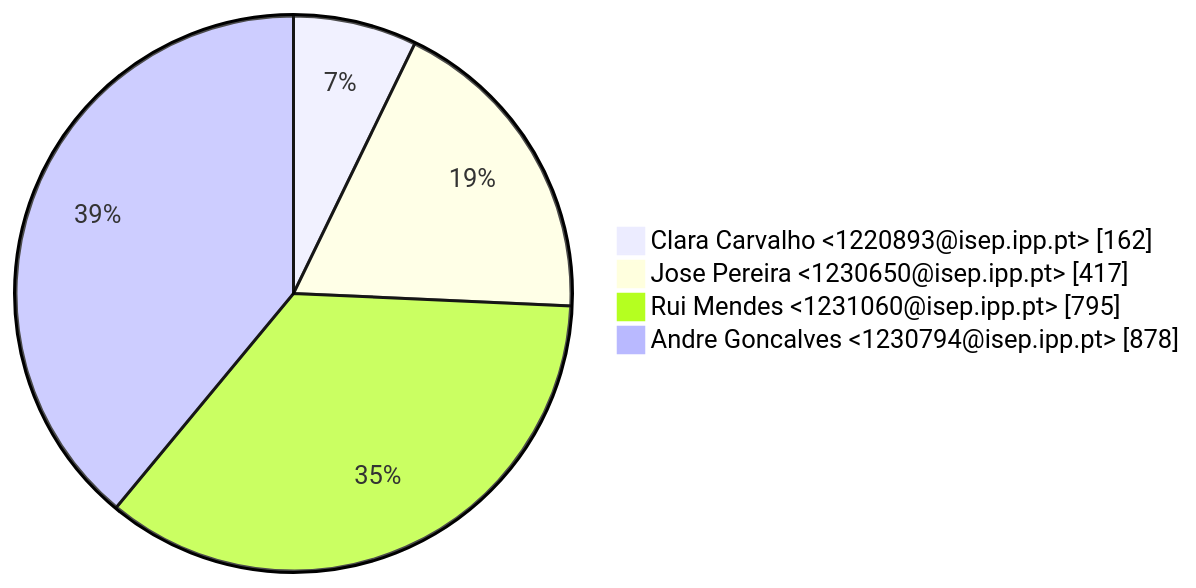
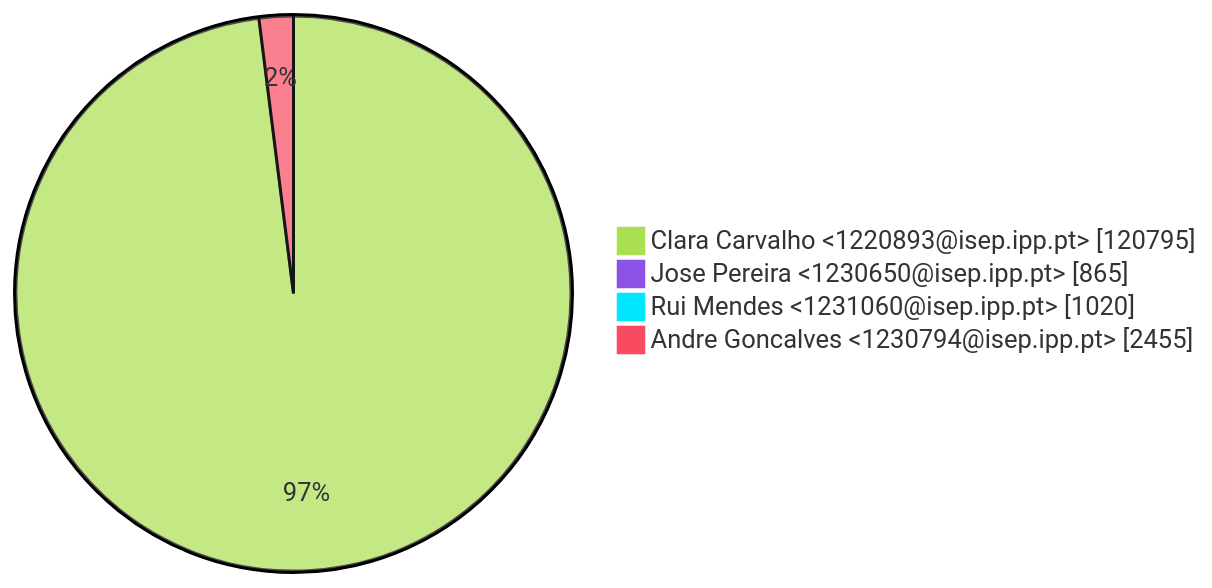
Before and after one commit to RacoonOverFlow/LSIS1_Grupo4: the second of 3 diagrams in GitAnalysis/Sprint_2/Contributions.md, drawn with Mermaid. The commit also changed other lines of this file and 1 other file, not shown here.

````diff
--- a/GitAnalysis/Sprint_2/Contributions.md
+++ b/GitAnalysis/Sprint_2/Contributions.md
@@ -19,7 +20,8 @@
 ```mermaid
+%%{init: {'theme': 'base', 'themeVariables': { 'pie1': '#AADF51', 'pie2': '#8C51E6', 'pie3': '#00E7FE', 'pie4': '#F84B62', 'pie5': '#FFDE72', 'pie6': '#3060CF', 'pie7': '#59C9A5'}}}%%
 pie showData
-    " Clara Carvalho <1220893@isep.ipp.pt>" : 162
-    " Jose Pereira <1230650@isep.ipp.pt>" : 417
-    " Rui Mendes <1231060@isep.ipp.pt>" : 795
-    " Andre Goncalves <1230794@isep.ipp.pt>" : 878
+    " Clara Carvalho <1220893@isep.ipp.pt>" : 120795
+    " Jose Pereira <1230650@isep.ipp.pt>" : 865
+    " Rui Mendes <1231060@isep.ipp.pt>" : 1020
+    " Andre Goncalves <1230794@isep.ipp.pt>" : 2455
 ```
````
